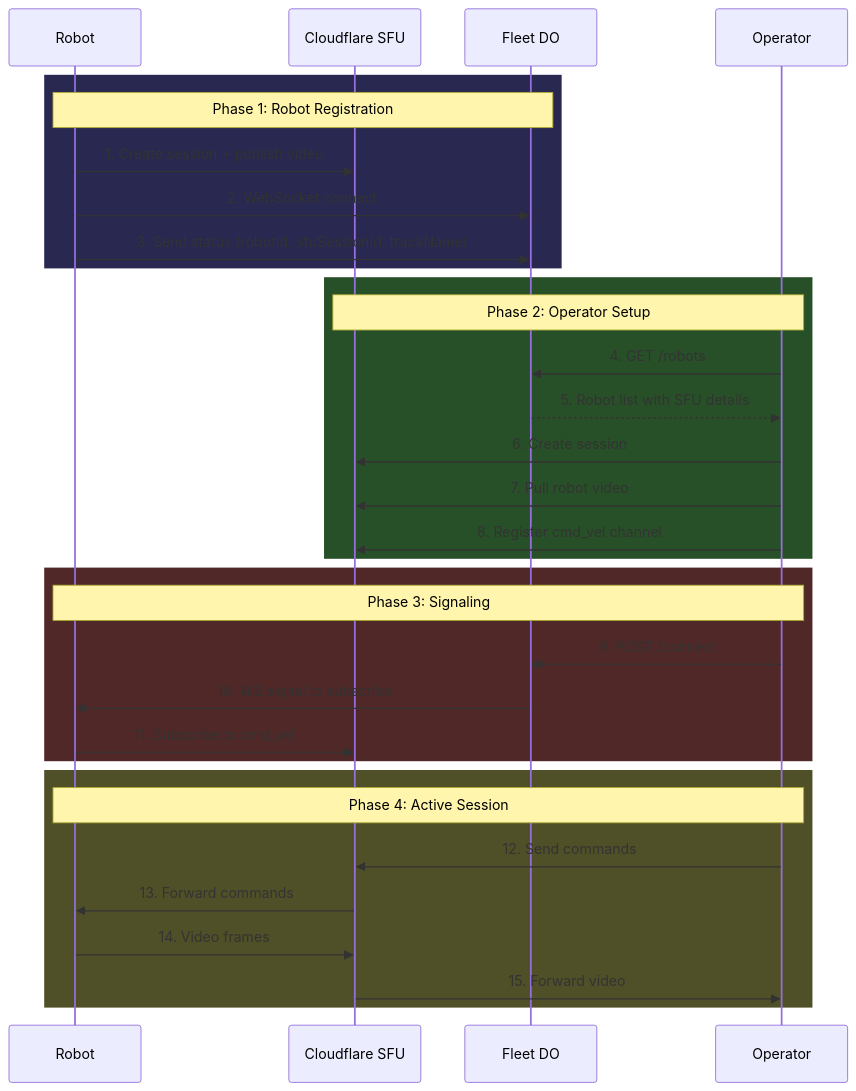
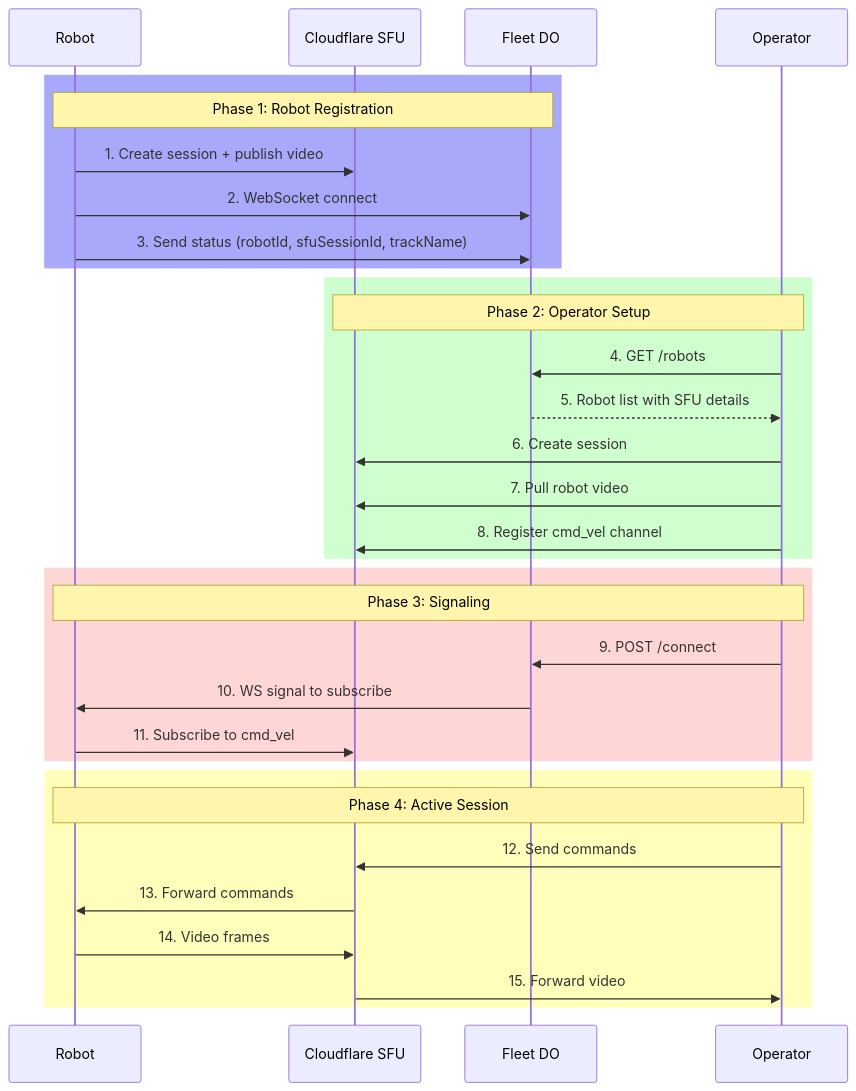
Before and after one commit to BigMuzzy/ugv_ws_pi: the fourth of 4 diagrams in cloud/workers/fleet-worker/README.md, drawn with Mermaid. The commit also changed 1 other file, not shown here.

Commit message:
refactor: Update diagrams and color schemes in README for clarity and consistency

````diff
--- a/cloud/workers/fleet-worker/README.md
+++ b/cloud/workers/fleet-worker/README.md
@@ -165,38 +165,38 @@
 ```mermaid
 sequenceDiagram
     participant R as Robot
     participant SFU as Cloudflare SFU
     participant DO as Fleet DO
     participant O as Operator
 
-    rect rgb(40, 40, 80)
+    rect rgba(169, 169, 252, 1)
         Note over R,DO: Phase 1: Robot Registration
         R->>SFU: 1. Create session + publish video
         R->>DO: 2. WebSocket connect
         R->>DO: 3. Send status (robotId, sfuSessionId, trackName)
     end
 
-    rect rgb(40, 80, 40)
+    rect rgba(207, 255, 207, 1)
         Note over O,SFU: Phase 2: Operator Setup
         O->>DO: 4. GET /robots
         DO-->>O: 5. Robot list with SFU details
         O->>SFU: 6. Create session
         O->>SFU: 7. Pull robot video
         O->>SFU: 8. Register cmd_vel channel
     end
 
-    rect rgb(80, 40, 40)
+    rect rgba(255, 214, 214, 1)
         Note over O,R: Phase 3: Signaling
         O->>DO: 9. POST /connect
         DO->>R: 10. WS signal to subscribe
         R->>SFU: 11. Subscribe to cmd_vel
     end
 
-    rect rgb(80, 80, 40)
+    rect rgba(255, 255, 187, 1)
         Note over O,R: Phase 4: Active Session
         O->>SFU: 12. Send commands
         SFU->>R: 13. Forward commands
         R->>SFU: 14. Video frames
         SFU->>O: 15. Forward video
     end
 ```
````
